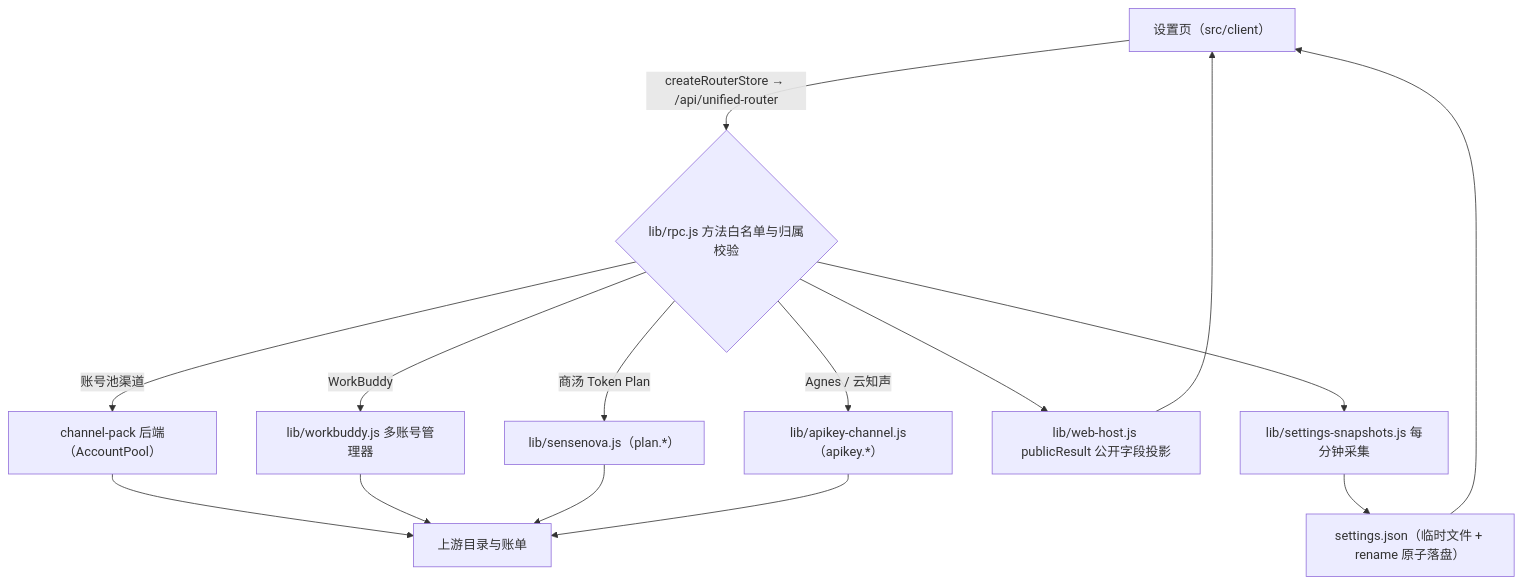
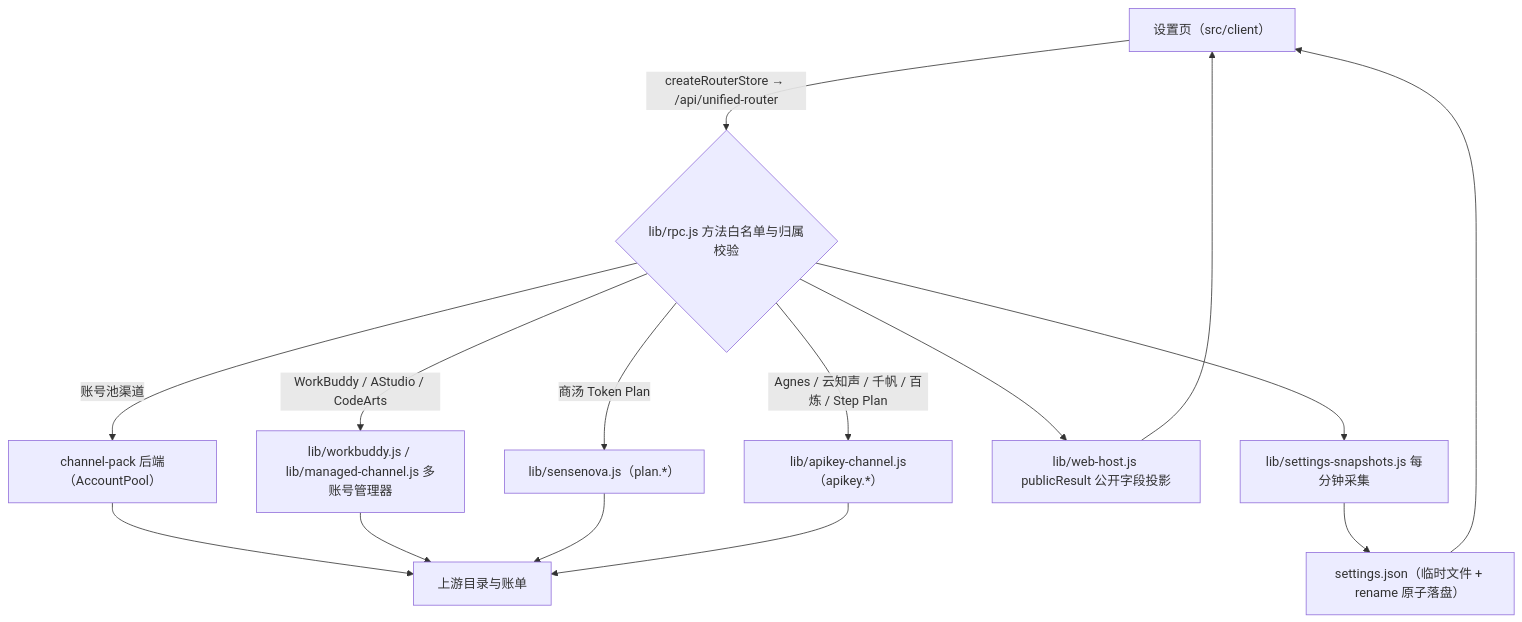
Before and after one commit to KouzakiUmi/dsh-unified-router: the diagram in docs/architecture.md, drawn with Mermaid. The commit also changed other lines of this file and 10 other files, not shown here.

````diff
--- a/docs/architecture.md
+++ b/docs/architecture.md
@@ -11,17 +11,17 @@
 ```mermaid
 flowchart TD
   A["设置页（src/client）"] -->|"createRouterStore → /api/unified-router"| B{"lib/rpc.js 方法白名单与归属校验"}
   B -->|"账号池渠道"| C["channel-pack 后端（AccountPool）"]
-  B -->|"WorkBuddy"| D["lib/workbuddy.js 多账号管理器"]
+  B -->|"WorkBuddy / AStudio / CodeArts"| D["lib/workbuddy.js / lib/managed-channel.js 多账号管理器"]
   B -->|"商汤 Token Plan"| E["lib/sensenova.js（plan.*）"]
-  B -->|"Agnes / 云知声"| F["lib/apikey-channel.js（apikey.*）"]
+  B -->|"Agnes / 云知声 / 千帆 / 百炼 / Step Plan"| F["lib/apikey-channel.js（apikey.*）"]
   C --> G["上游目录与账单"]
   D --> G
   E --> G
   F --> G
   B --> H["lib/web-host.js publicResult 公开字段投影"]
   H --> A
   B --> I["lib/settings-snapshots.js 每分钟采集"]
   I --> J["settings.json（临时文件 + rename 原子落盘）"]
   J --> A
 ```
````
